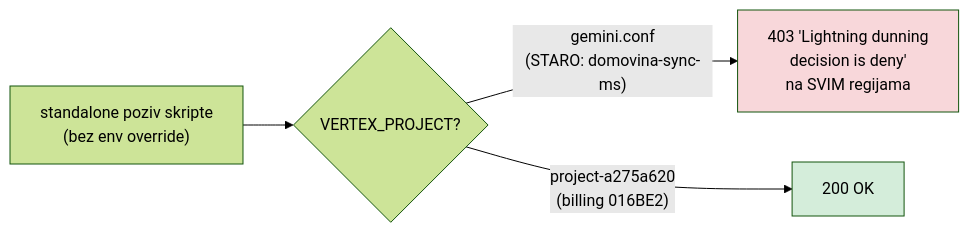
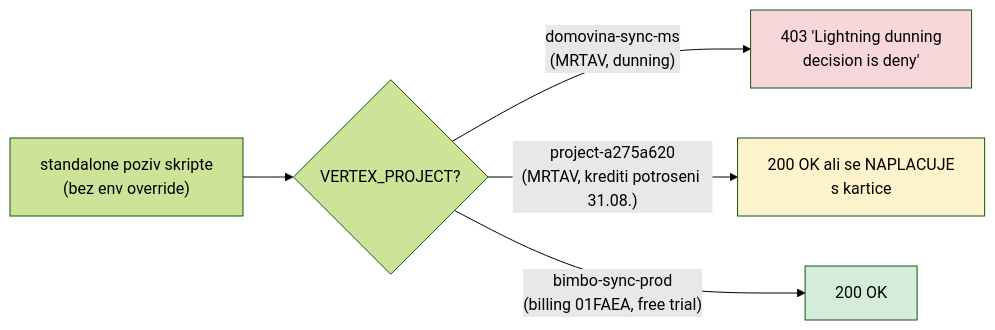
Before and after one commit to domovinatv/fetch.domovina.tv: the second of 4 diagrams in docs/PIPELINE_FULL.md, drawn with Mermaid (forest theme). The commit also changed other lines of this file and 9 other files, not shown here.

First line of the commit message:
ops: Vertex prebačen na bimbo-sync-prod + odpauza launchd jobova

````diff
--- a/docs/PIPELINE_FULL.md
+++ b/docs/PIPELINE_FULL.md
@@ -81,8 +81,10 @@
 ```mermaid
 flowchart LR
     A["standalone poziv skripte<br/>(bez env override)"] --> B{"VERTEX_PROJECT?"}
-    B -->|"gemini.conf<br/>(STARO: domovina-sync-ms)"| C["403 'Lightning dunning<br/>decision is deny'<br/>na SVIM regijama"]
-    B -->|"project-a275a620<br/>(billing 016BE2)"| D["200 OK"]
+    B -->|"domovina-sync-ms<br/>(MRTAV, dunning)"| C["403 'Lightning dunning<br/>decision is deny'"]
+    B -->|"project-a275a620<br/>(MRTAV, krediti potroseni 31.08.)"| E["200 OK ali se NAPLACUJE<br/>s kartice"]
+    B -->|"bimbo-sync-prod<br/>(billing 01FAEA, free trial)"| D["200 OK"]
     style C fill:#f8d7da
+    style E fill:#fff3cd
     style D fill:#d4edda
 ```
````
